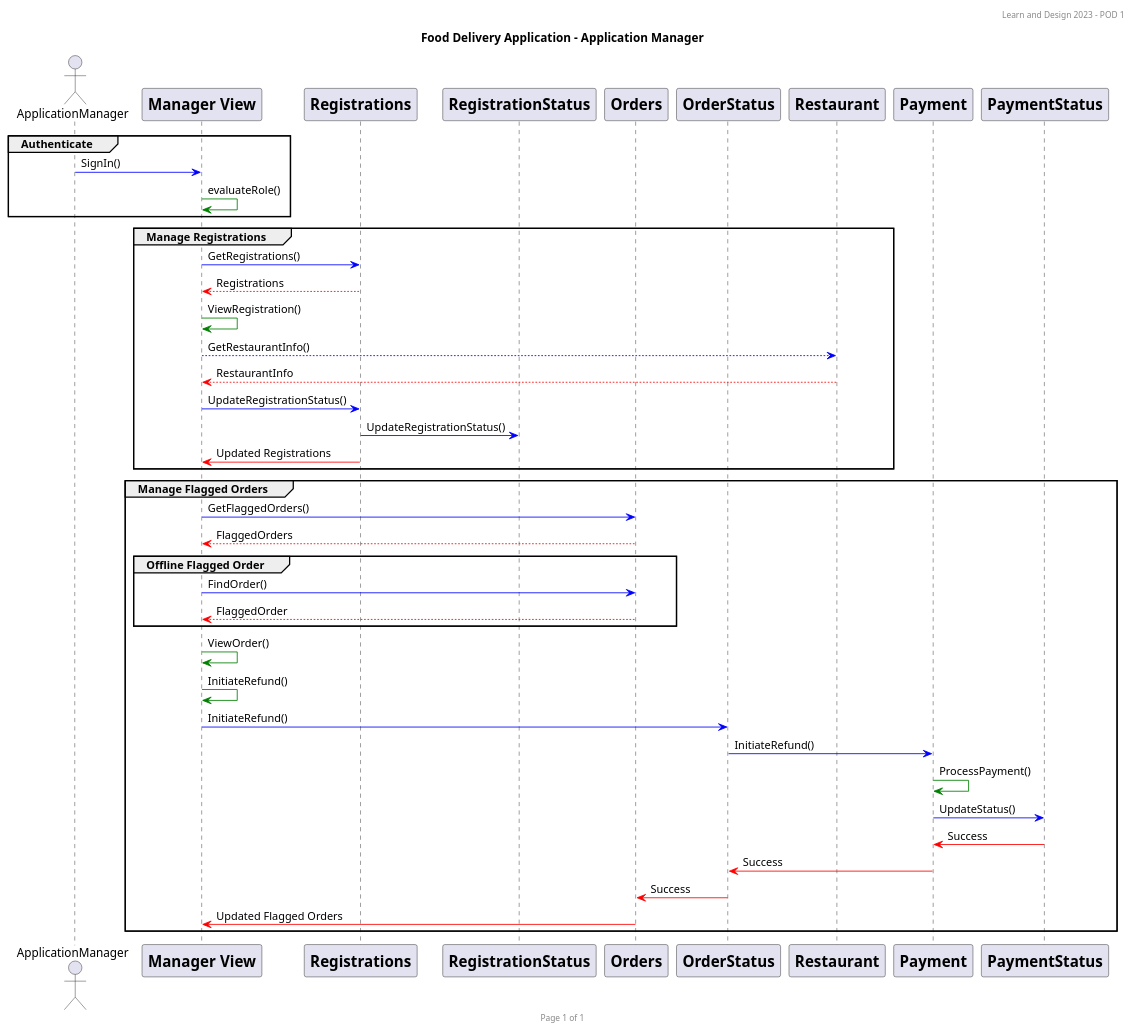
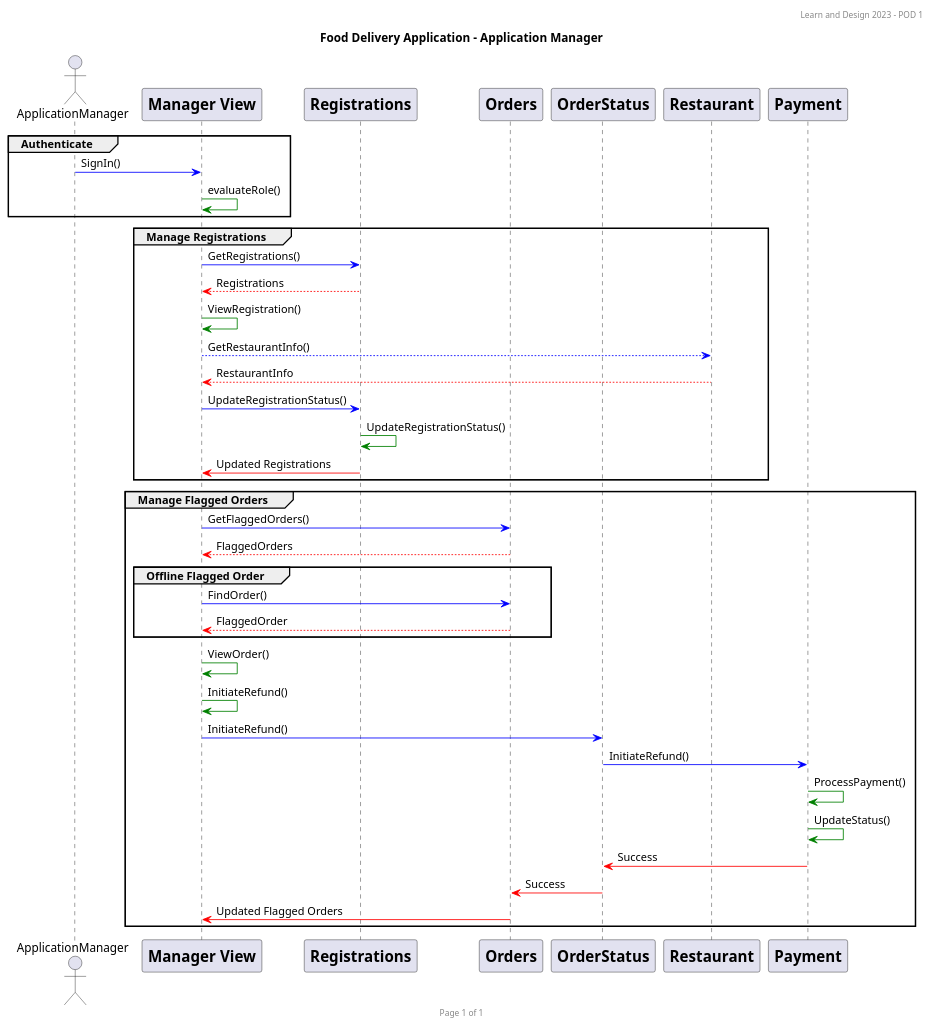
Before and after one commit to WestonDockstader/FoodDeliveryApp: the diagram in MilesFiles/application_manager_sequence.puml, drawn with PlantUML.

Commit message:
removed extra statuses

```diff
--- a/MilesFiles/application_manager_sequence.puml
+++ b/MilesFiles/application_manager_sequence.puml
@@ -1,78 +1,69 @@
 @startuml Application Manager
   header Learn and Design 2023 - POD 1
   footer Page %page% of %lastpage%
 
   title: Food Delivery Application - Application Manager
 
   actor ApplicationManager
 
   participant ManagerView [
       = Manager View
   ]
 
   participant Registrations [
       = Registrations
-  ]
-
-  participant RegistrationStatus [
-      = RegistrationStatus
   ]
 
   participant Orders [
       = Orders
   ]
 
   participant OrderStatus [
       = OrderStatus
   ]
 
   participant Restaurant [
       = Restaurant
   ]
 
   participant Payment [
       = Payment
   ]
 
-  participant PaymentStatus [
-      = PaymentStatus
-  ]
-' Simplify statuses 
   group Authenticate
     ApplicationManager -[#blue]> ManagerView : SignIn()
     ManagerView -[#green]> ManagerView : evaluateRole()
   end
 
   group Manage Registrations
     ManagerView -[#blue]> Registrations : GetRegistrations()
     Registrations -[#red]-> ManagerView : Registrations
     ManagerView -[#green]> ManagerView : ViewRegistration()
     ManagerView -[#blue]-> Restaurant : GetRestaurantInfo()
     Restaurant -[#red]-> ManagerView : RestaurantInfo
     ManagerView -[#blue]> Registrations : UpdateRegistrationStatus()
-    Registrations -[#blue]> RegistrationStatus : UpdateRegistrationStatus()
+    Registrations -[#green]> Registrations : UpdateRegistrationStatus()
     ' Restaurant -[#red]> Registrations : Success
     Registrations -[#red]> ManagerView : Updated Registrations
   end
 
   group Manage Flagged Orders
     ManagerView -[#blue]> Orders : GetFlaggedOrders()
     Orders -[#red]-> ManagerView : FlaggedOrders
     group Offline Flagged Order
       ManagerView -[#blue]> Orders : FindOrder()
       Orders -[#red]-> ManagerView : FlaggedOrder
     end
     ManagerView -[#green]> ManagerView : ViewOrder()
     ManagerView -[#green]> ManagerView : InitiateRefund()
     ManagerView -[#blue]> OrderStatus : InitiateRefund()
     OrderStatus -[#blue]> Payment : InitiateRefund()
     Payment -[#green]> Payment : ProcessPayment()
-    Payment -[#blue]> PaymentStatus : UpdateStatus()
-    PaymentStatus -[#red]> Payment : Success
+    Payment -[#green]> Payment : UpdateStatus()
     Payment -[#red]> OrderStatus : Success
     OrderStatus -[#red]> Orders : Success 
     Orders -[#red]> ManagerView : Updated Flagged Orders
 
   end
 
 @enduml
```
